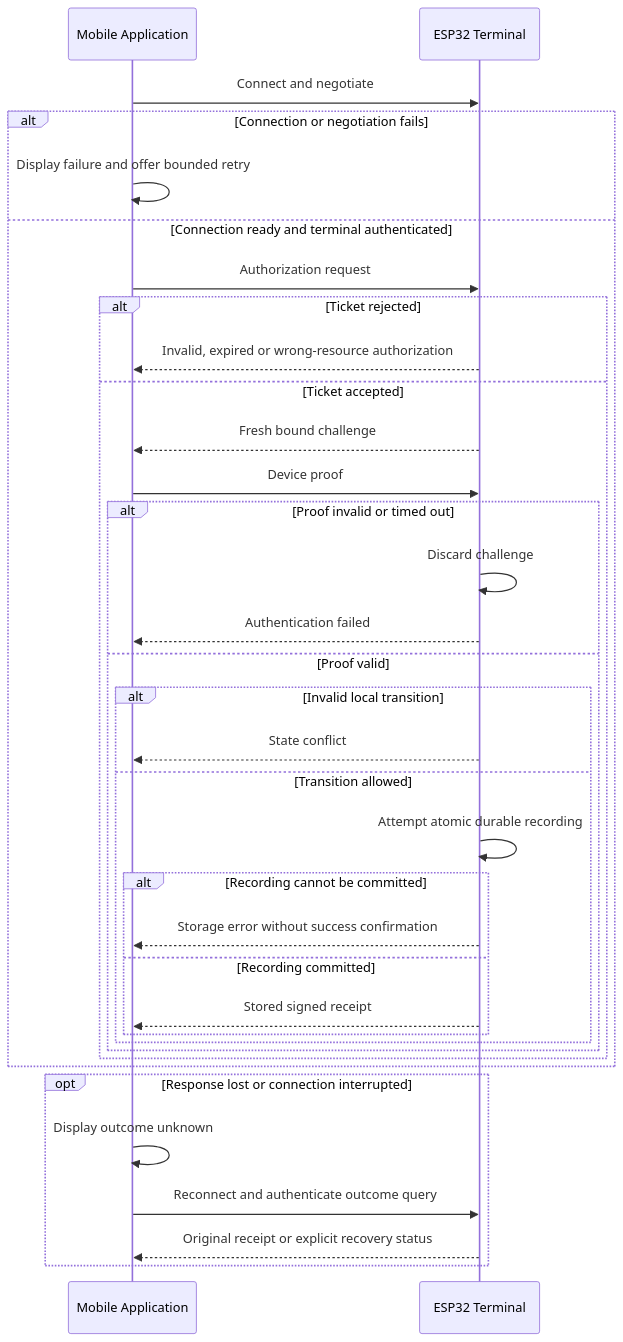
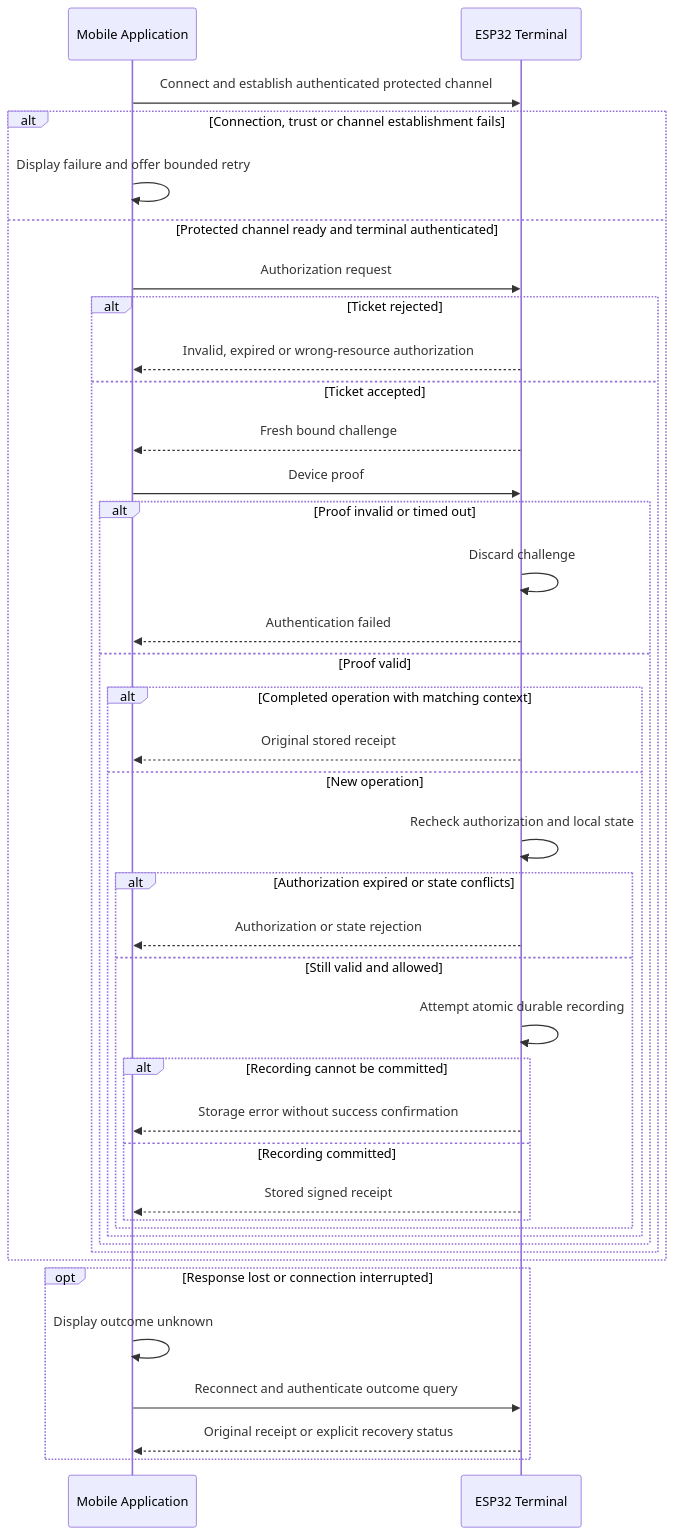
The second of 3 diagrams in docs/ble-communication-flow.md (thomas-sartini/ble-booking-system), drawn with Mermaid before and after one commit. The commit also changed other lines of this file, not shown here.

````diff
--- a/docs/ble-communication-flow.md
+++ b/docs/ble-communication-flow.md
@@ -84,37 +125,42 @@
 ```mermaid
 sequenceDiagram
     participant App as Mobile Application
     participant T as ESP32 Terminal
-    App->>T: Connect and negotiate
-    alt Connection or negotiation fails
+    App->>T: Connect and establish authenticated protected channel
+    alt Connection, trust or channel establishment fails
         App->>App: Display failure and offer bounded retry
-    else Connection ready and terminal authenticated
+    else Protected channel ready and terminal authenticated
         App->>T: Authorization request
         alt Ticket rejected
             T-->>App: Invalid, expired or wrong-resource authorization
         else Ticket accepted
             T-->>App: Fresh bound challenge
             App->>T: Device proof
             alt Proof invalid or timed out
                 T->>T: Discard challenge
                 T-->>App: Authentication failed
             else Proof valid
-                alt Invalid local transition
-                    T-->>App: State conflict
-                else Transition allowed
-                    T->>T: Attempt atomic durable recording
-                    alt Recording cannot be committed
-                        T-->>App: Storage error without success confirmation
-                    else Recording committed
-                        T-->>App: Stored signed receipt
+                alt Completed operation with matching context
+                    T-->>App: Original stored receipt
+                else New operation
+                    T->>T: Recheck authorization and local state
+                    alt Authorization expired or state conflicts
+                        T-->>App: Authorization or state rejection
+                    else Still valid and allowed
+                        T->>T: Attempt atomic durable recording
+                        alt Recording cannot be committed
+                            T-->>App: Storage error without success confirmation
+                        else Recording committed
+                            T-->>App: Stored signed receipt
+                        end
                     end
                 end
             end
         end
     end
     opt Response lost or connection interrupted
         App->>App: Display outcome unknown
         App->>T: Reconnect and authenticate outcome query
         T-->>App: Original receipt or explicit recovery status
     end
 ```
````
